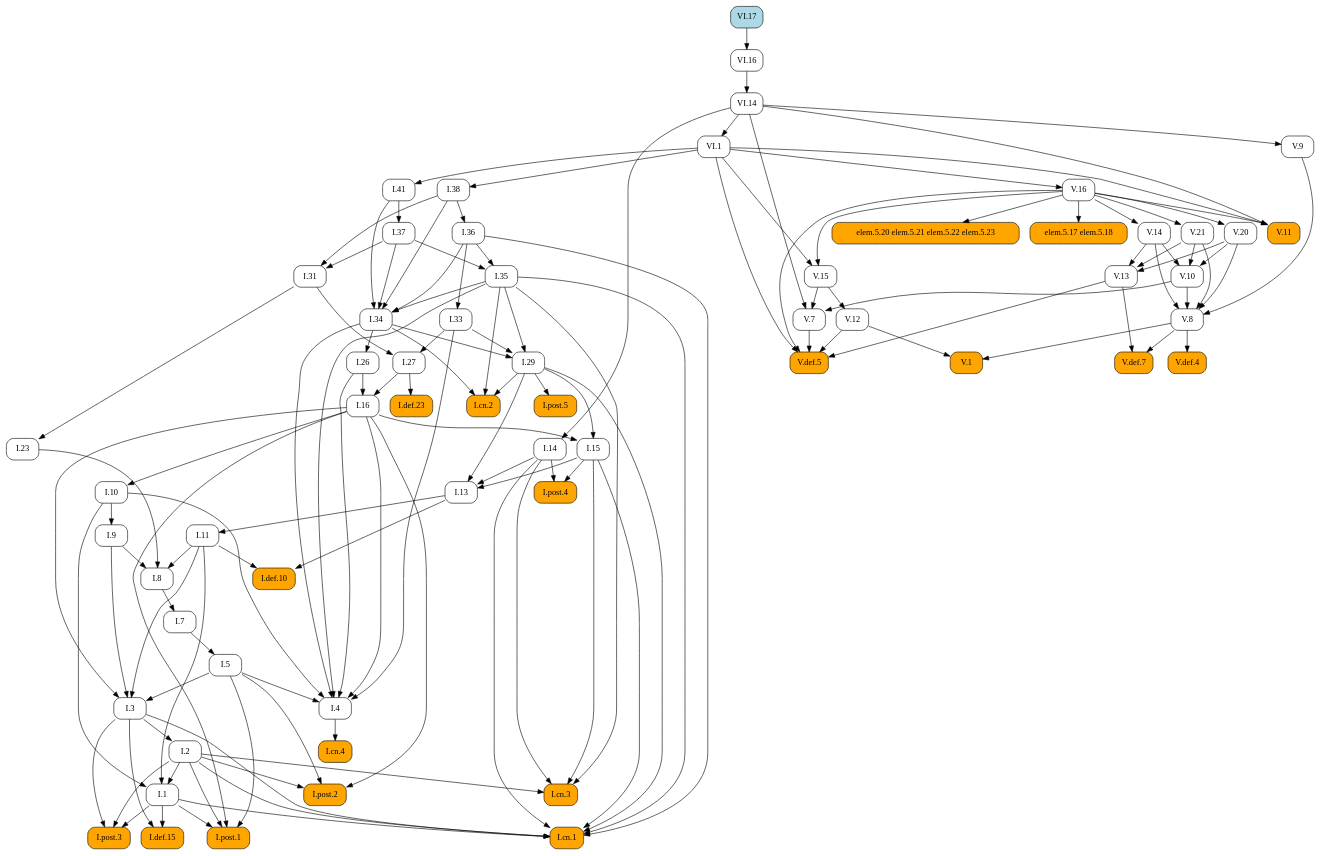
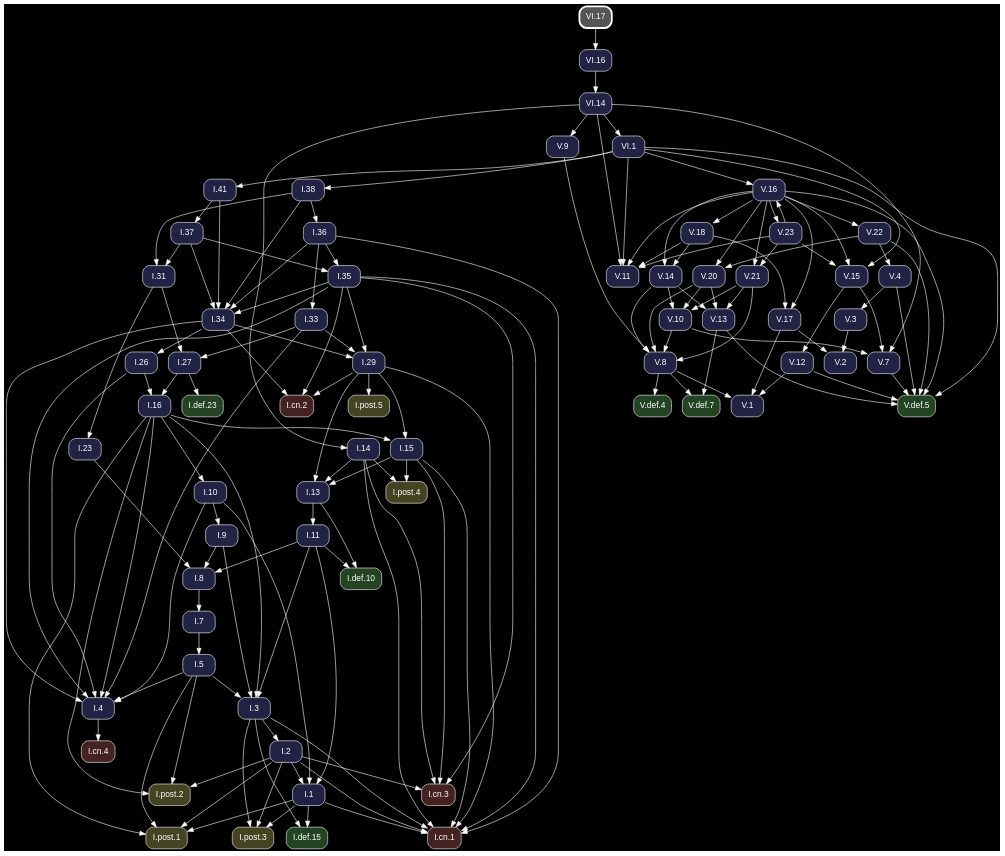
One commit to geometor/elements changed the diagram in docsrc/heath/VI/17/index.rst. Above: the diagram before and after it, drawn with Graphviz. The commit also changed other lines of this file and 1200 other files, not shown here.

Commit message:
update dependency graphs

```diff
--- a/docsrc/heath/VI/17/index.rst
+++ b/docsrc/heath/VI/17/index.rst
@@ -53,125 +53,78 @@
 .. graphviz::
 
    digraph {
+     bgcolor="black";
+     node [shape=box, style="rounded,filled", fontname="Helvetica", color="white", fontcolor="white"];
+     edge [color="white", fontcolor="white"];
      rankdir="TB";
-     node [shape=box, style=rounded];
-     "V.16" [URL="/heath/V/16/", target="_top"];
-     "I.23" [URL="/heath/I/23/", target="_top"];
-     "I.9" [URL="/heath/I/9/", target="_top"];
-     "I.33" [URL="/heath/I/33/", target="_top"];
-     "I.def.15" [style="rounded,filled", fillcolor=orange, URL="/heath/I/def.15/", target="_top"];
-     "V.13" [URL="/heath/V/13/", target="_top"];
-     "V.7" [URL="/heath/V/7/", target="_top"];
-     "elem.5.17 elem.5.18" [style="rounded,filled", fillcolor=orange];
-     "I.post.3" [style="rounded,filled", fillcolor=orange, URL="/heath/I/post.3/", target="_top"];
-     "I.post.1" [style="rounded,filled", fillcolor=orange, URL="/heath/I/post.1/", target="_top"];
-     "V.14" [URL="/heath/V/14/", target="_top"];
-     "V.def.5" [style="rounded,filled", fillcolor=orange, URL="/heath/V/def.5/", target="_top"];
-     "V.9" [URL="/heath/V/9/", target="_top"];
-     "I.31" [URL="/heath/I/31/", target="_top"];
-     "I.def.10" [style="rounded,filled", fillcolor=orange, URL="/heath/I/def.10/", target="_top"];
-     "V.10" [URL="/heath/V/10/", target="_top"];
-     "VI.1" [URL="/heath/VI/1/", target="_top"];
-     "V.20" [URL="/heath/V/20/", target="_top"];
-     "VI.14" [URL="/heath/VI/14/", target="_top"];
-     "I.27" [URL="/heath/I/27/", target="_top"];
-     "I.14" [URL="/heath/I/14/", target="_top"];
-     "V.11" [style="rounded,filled", fillcolor=orange, URL="/heath/V/11/", target="_top"];
-     "elem.5.20 elem.5.21 elem.5.22 elem.5.23" [style="rounded,filled", fillcolor=orange];
-     "I.34" [URL="/heath/I/34/", target="_top"];
-     "V.12" [URL="/heath/V/12/", target="_top"];
-     "I.3" [URL="/heath/I/3/", target="_top"];
-     "V.def.4" [style="rounded,filled", fillcolor=orange, URL="/heath/V/def.4/", target="_top"];
-     "I.35" [URL="/heath/I/35/", target="_top"];
-     "I.cn.1" [style="rounded,filled", fillcolor=orange, URL="/heath/I/cn.1/", target="_top"];
-     "V.def.7" [style="rounded,filled", fillcolor=orange, URL="/heath/V/def.7/", target="_top"];
-     "I.7" [URL="/heath/I/7/", target="_top"];
-     "V.21" [URL="/heath/V/21/", target="_top"];
-     "I.2" [URL="/heath/I/2/", target="_top"];
-     "I.36" [URL="/heath/I/36/", target="_top"];
-     "I.13" [URL="/heath/I/13/", target="_top"];
-     "I.post.4" [style="rounded,filled", fillcolor=orange, URL="/heath/I/post.4/", target="_top"];
-     "I.4" [URL="/heath/I/4/", target="_top"];
-     "I.1" [URL="/heath/I/1/", target="_top"];
-     "I.5" [URL="/heath/I/5/", target="_top"];
-     "I.37" [URL="/heath/I/37/", target="_top"];
-     "I.8" [URL="/heath/I/8/", target="_top"];
-     "I.cn.3" [style="rounded,filled", fillcolor=orange, URL="/heath/I/cn.3/", target="_top"];
-     "I.29" [URL="/heath/I/29/", target="_top"];
-     "I.16" [URL="/heath/I/16/", target="_top"];
-     "I.38" [URL="/heath/I/38/", target="_top"];
-     "V.8" [URL="/heath/V/8/", target="_top"];
-     "I.15" [URL="/heath/I/15/", target="_top"];
-     "V.1" [style="rounded,filled", fillcolor=orange, URL="/heath/V/1/", target="_top"];
-     "I.11" [URL="/heath/I/11/", target="_top"];
-     "I.def.23" [style="rounded,filled", fillcolor=orange, URL="/heath/I/def.23/", target="_top"];
-     "I.10" [URL="/heath/I/10/", target="_top"];
-     "I.cn.2" [style="rounded,filled", fillcolor=orange, URL="/heath/I/cn.2/", target="_top"];
-     "I.post.5" [style="rounded,filled", fillcolor=orange, URL="/heath/I/post.5/", target="_top"];
-     "I.cn.4" [style="rounded,filled", fillcolor=orange, URL="/heath/I/cn.4/", target="_top"];
-     "VI.17" [style="rounded,filled", fillcolor=lightblue, URL="/heath/VI/17/", target="_top"];
-     "I.41" [URL="/heath/I/41/", target="_top"];
-     "V.15" [URL="/heath/V/15/", target="_top"];
-     "I.post.2" [style="rounded,filled", fillcolor=orange, URL="/heath/I/post.2/", target="_top"];
-     "I.26" [URL="/heath/I/26/", target="_top"];
-     "VI.16" [URL="/heath/VI/16/", target="_top"];
-     "VI.1" -> "V.16";
-     "I.31" -> "I.23";
-     "I.10" -> "I.9";
-     "I.36" -> "I.33";
-     "I.1" -> "I.def.15";
-     "I.3" -> "I.def.15";
-     "V.14" -> "V.13";
-     "V.20" -> "V.13";
-     "V.21" -> "V.13";
-     "V.10" -> "V.7";
-     "V.15" -> "V.7";
-     "VI.14" -> "V.7";
-     "V.16" -> "elem.5.17 elem.5.18";
-     "I.1" -> "I.post.3";
-     "I.2" -> "I.post.3";
-     "I.3" -> "I.post.3";
-     "I.1" -> "I.post.1";
-     "I.2" -> "I.post.1";
-     "I.5" -> "I.post.1";
-     "I.16" -> "I.post.1";
-     "V.16" -> "V.14";
-     "V.7" -> "V.def.5";
-     "V.12" -> "V.def.5";
-     "V.13" -> "V.def.5";
-     "V.16" -> "V.def.5";
-     "VI.1" -> "V.def.5";
-     "VI.14" -> "V.9";
-     "I.37" -> "I.31";
-     "I.38" -> "I.31";
-     "I.11" -> "I.def.10";
-     "I.13" -> "I.def.10";
-     "V.14" -> "V.10";
-     "V.20" -> "V.10";
-     "V.21" -> "V.10";
-     "VI.14" -> "VI.1";
-     "V.16" -> "V.20";
-     "VI.16" -> "VI.14";
-     "I.31" -> "I.27";
-     "I.33" -> "I.27";
-     "VI.14" -> "I.14";
-     "V.16" -> "V.11";
-     "VI.1" -> "V.11";
-     "VI.14" -> "V.11";
-     "V.16" -> "elem.5.20 elem.5.21 elem.5.22 elem.5.23";
-     "I.35" -> "I.34";
-     "I.36" -> "I.34";
-     "I.37" -> "I.34";
-     "I.38" -> "I.34";
-     "I.41" -> "I.34";
-     "V.15" -> "V.12";
-     "I.5" -> "I.3";
-     "I.9" -> "I.3";
-     "I.11" -> "I.3";
-     "I.16" -> "I.3";
-     "V.8" -> "V.def.4";
-     "I.36" -> "I.35";
-     "I.37" -> "I.35";
+     "V.15" [fillcolor="#222244", URL="/heath/V/15/", target="_top"];
+     "I.cn.1" [fillcolor="#442222", URL="/heath/I/cn.1/", target="_top"];
+     "V.18" [fillcolor="#222244", URL="/heath/V/18/", target="_top"];
+     "V.14" [fillcolor="#222244", URL="/heath/V/14/", target="_top"];
+     "I.27" [fillcolor="#222244", URL="/heath/I/27/", target="_top"];
+     "V.23" [fillcolor="#222244", URL="/heath/V/23/", target="_top"];
+     "I.2" [fillcolor="#222244", URL="/heath/I/2/", target="_top"];
+     "I.41" [fillcolor="#222244", URL="/heath/I/41/", target="_top"];
+     "I.post.4" [fillcolor="#444422", URL="/heath/I/post.4/", target="_top"];
+     "I.26" [fillcolor="#222244", URL="/heath/I/26/", target="_top"];
+     "I.8" [fillcolor="#222244", URL="/heath/I/8/", target="_top"];
+     "V.4" [fillcolor="#222244", URL="/heath/V/4/", target="_top"];
+     "V.16" [fillcolor="#222244", URL="/heath/V/16/", target="_top"];
+     "I.7" [fillcolor="#222244", URL="/heath/I/7/", target="_top"];
+     "I.5" [fillcolor="#222244", URL="/heath/I/5/", target="_top"];
+     "V.11" [fillcolor="#222244", URL="/heath/V/11/", target="_top"];
+     "V.def.4" [fillcolor="#224422", URL="/heath/V/def.4/", target="_top"];
+     "V.20" [fillcolor="#222244", URL="/heath/V/20/", target="_top"];
+     "I.11" [fillcolor="#222244", URL="/heath/I/11/", target="_top"];
+     "I.37" [fillcolor="#222244", URL="/heath/I/37/", target="_top"];
+     "I.cn.3" [fillcolor="#442222", URL="/heath/I/cn.3/", target="_top"];
+     "I.36" [fillcolor="#222244", URL="/heath/I/36/", target="_top"];
+     "I.38" [fillcolor="#222244", URL="/heath/I/38/", target="_top"];
+     "I.post.2" [fillcolor="#444422", URL="/heath/I/post.2/", target="_top"];
+     "I.def.23" [fillcolor="#224422", URL="/heath/I/def.23/", target="_top"];
+     "I.35" [fillcolor="#222244", URL="/heath/I/35/", target="_top"];
+     "I.post.3" [fillcolor="#444422", URL="/heath/I/post.3/", target="_top"];
+     "V.13" [fillcolor="#222244", URL="/heath/V/13/", target="_top"];
+     "V.8" [fillcolor="#222244", URL="/heath/V/8/", target="_top"];
+     "I.33" [fillcolor="#222244", URL="/heath/I/33/", target="_top"];
+     "VI.17" [penwidth=3, color="white", fillcolor="#555555", URL="/heath/VI/17/", target="_top"];
+     "V.10" [fillcolor="#222244", URL="/heath/V/10/", target="_top"];
+     "V.def.5" [fillcolor="#224422", URL="/heath/V/def.5/", target="_top"];
+     "V.22" [fillcolor="#222244", URL="/heath/V/22/", target="_top"];
+     "I.31" [fillcolor="#222244", URL="/heath/I/31/", target="_top"];
+     "I.3" [fillcolor="#222244", URL="/heath/I/3/", target="_top"];
+     "V.12" [fillcolor="#222244", URL="/heath/V/12/", target="_top"];
+     "I.def.10" [fillcolor="#224422", URL="/heath/I/def.10/", target="_top"];
+     "I.15" [fillcolor="#222244", URL="/heath/I/15/", target="_top"];
+     "I.13" [fillcolor="#222244", URL="/heath/I/13/", target="_top"];
+     "I.cn.2" [fillcolor="#442222", URL="/heath/I/cn.2/", target="_top"];
+     "I.9" [fillcolor="#222244", URL="/heath/I/9/", target="_top"];
+     "I.1" [fillcolor="#222244", URL="/heath/I/1/", target="_top"];
+     "I.post.5" [fillcolor="#444422", URL="/heath/I/post.5/", target="_top"];
+     "VI.14" [fillcolor="#222244", URL="/heath/VI/14/", target="_top"];
+     "I.23" [fillcolor="#222244", URL="/heath/I/23/", target="_top"];
+     "I.4" [fillcolor="#222244", URL="/heath/I/4/", target="_top"];
+     "V.7" [fillcolor="#222244", URL="/heath/V/7/", target="_top"];
+     "V.9" [fillcolor="#222244", URL="/heath/V/9/", target="_top"];
+     "VI.1" [fillcolor="#222244", URL="/heath/VI/1/", target="_top"];
+     "I.10" [fillcolor="#222244", URL="/heath/I/10/", target="_top"];
+     "V.def.7" [fillcolor="#224422", URL="/heath/V/def.7/", target="_top"];
+     "I.post.1" [fillcolor="#444422", URL="/heath/I/post.1/", target="_top"];
+     "I.16" [fillcolor="#222244", URL="/heath/I/16/", target="_top"];
+     "I.29" [fillcolor="#222244", URL="/heath/I/29/", target="_top"];
+     "VI.16" [fillcolor="#222244", URL="/heath/VI/16/", target="_top"];
+     "I.cn.4" [fillcolor="#442222", URL="/heath/I/cn.4/", target="_top"];
+     "I.14" [fillcolor="#222244", URL="/heath/I/14/", target="_top"];
+     "V.1" [fillcolor="#222244", URL="/heath/V/1/", target="_top"];
+     "V.2" [fillcolor="#222244", URL="/heath/V/2/", target="_top"];
+     "V.21" [fillcolor="#222244", URL="/heath/V/21/", target="_top"];
+     "I.34" [fillcolor="#222244", URL="/heath/I/34/", target="_top"];
+     "I.def.15" [fillcolor="#224422", URL="/heath/I/def.15/", target="_top"];
+     "V.3" [fillcolor="#222244", URL="/heath/V/3/", target="_top"];
+     "V.17" [fillcolor="#222244", URL="/heath/V/17/", target="_top"];
+     "V.16" -> "V.15";
+     "V.23" -> "V.15";
+     "VI.1" -> "V.15";
      "I.1" -> "I.cn.1";
      "I.2" -> "I.cn.1";
      "I.3" -> "I.cn.1";
@@ -180,17 +133,94 @@
      "I.29" -> "I.cn.1";
      "I.35" -> "I.cn.1";
      "I.36" -> "I.cn.1";
-     "V.8" -> "V.def.7";
-     "V.13" -> "V.def.7";
+     "V.16" -> "V.18";
+     "V.16" -> "V.14";
+     "V.18" -> "V.14";
+     "I.31" -> "I.27";
+     "I.33" -> "I.27";
+     "V.16" -> "V.23";
+     "I.3" -> "I.2";
+     "VI.1" -> "I.41";
+     "I.14" -> "I.post.4";
+     "I.15" -> "I.post.4";
+     "I.34" -> "I.26";
+     "I.9" -> "I.8";
+     "I.11" -> "I.8";
+     "I.23" -> "I.8";
+     "V.22" -> "V.4";
+     "V.23" -> "V.16";
+     "VI.1" -> "V.16";
      "I.8" -> "I.7";
-     "V.16" -> "V.21";
-     "I.3" -> "I.2";
+     "I.7" -> "I.5";
+     "V.16" -> "V.11";
+     "V.18" -> "V.11";
+     "V.23" -> "V.11";
+     "VI.1" -> "V.11";
+     "VI.14" -> "V.11";
+     "V.8" -> "V.def.4";
+     "V.16" -> "V.20";
+     "V.22" -> "V.20";
+     "I.13" -> "I.11";
+     "I.41" -> "I.37";
+     "I.2" -> "I.cn.3";
+     "I.14" -> "I.cn.3";
+     "I.15" -> "I.cn.3";
+     "I.35" -> "I.cn.3";
      "I.38" -> "I.36";
+     "VI.1" -> "I.38";
+     "I.2" -> "I.post.2";
+     "I.5" -> "I.post.2";
+     "I.16" -> "I.post.2";
+     "I.27" -> "I.def.23";
+     "I.36" -> "I.35";
+     "I.37" -> "I.35";
+     "I.1" -> "I.post.3";
+     "I.2" -> "I.post.3";
+     "I.3" -> "I.post.3";
+     "V.14" -> "V.13";
+     "V.20" -> "V.13";
+     "V.21" -> "V.13";
+     "V.9" -> "V.8";
+     "V.10" -> "V.8";
+     "V.14" -> "V.8";
+     "V.20" -> "V.8";
+     "V.21" -> "V.8";
+     "I.36" -> "I.33";
+     "V.14" -> "V.10";
+     "V.20" -> "V.10";
+     "V.21" -> "V.10";
+     "V.4" -> "V.def.5";
+     "V.7" -> "V.def.5";
+     "V.12" -> "V.def.5";
+     "V.13" -> "V.def.5";
+     "V.16" -> "V.def.5";
+     "V.22" -> "V.def.5";
+     "VI.1" -> "V.def.5";
+     "V.16" -> "V.22";
+     "I.37" -> "I.31";
+     "I.38" -> "I.31";
+     "I.5" -> "I.3";
+     "I.9" -> "I.3";
+     "I.11" -> "I.3";
+     "I.16" -> "I.3";
+     "V.15" -> "V.12";
+     "I.11" -> "I.def.10";
+     "I.13" -> "I.def.10";
+     "I.16" -> "I.15";
+     "I.29" -> "I.15";
      "I.14" -> "I.13";
      "I.15" -> "I.13";
      "I.29" -> "I.13";
-     "I.14" -> "I.post.4";
-     "I.15" -> "I.post.4";
+     "I.29" -> "I.cn.2";
+     "I.34" -> "I.cn.2";
+     "I.35" -> "I.cn.2";
+     "I.10" -> "I.9";
+     "I.2" -> "I.1";
+     "I.10" -> "I.1";
+     "I.11" -> "I.1";
+     "I.29" -> "I.post.5";
+     "VI.16" -> "VI.14";
+     "I.31" -> "I.23";
      "I.5" -> "I.4";
      "I.10" -> "I.4";
      "I.16" -> "I.4";
@@ -198,47 +228,41 @@
      "I.33" -> "I.4";
      "I.34" -> "I.4";
      "I.35" -> "I.4";
-     "I.2" -> "I.1";
-     "I.10" -> "I.1";
-     "I.11" -> "I.1";
-     "I.7" -> "I.5";
-     "I.41" -> "I.37";
-     "I.9" -> "I.8";
-     "I.11" -> "I.8";
-     "I.23" -> "I.8";
-     "I.2" -> "I.cn.3";
-     "I.14" -> "I.cn.3";
-     "I.15" -> "I.cn.3";
-     "I.35" -> "I.cn.3";
+     "V.10" -> "V.7";
+     "V.15" -> "V.7";
+     "VI.14" -> "V.7";
+     "VI.14" -> "V.9";
+     "VI.14" -> "VI.1";
+     "I.16" -> "I.10";
+     "V.8" -> "V.def.7";
+     "V.13" -> "V.def.7";
+     "I.1" -> "I.post.1";
+     "I.2" -> "I.post.1";
+     "I.5" -> "I.post.1";
+     "I.16" -> "I.post.1";
+     "I.26" -> "I.16";
+     "I.27" -> "I.16";
      "I.33" -> "I.29";
      "I.34" -> "I.29";
      "I.35" -> "I.29";
-     "I.26" -> "I.16";
-     "I.27" -> "I.16";
-     "VI.1" -> "I.38";
-     "V.9" -> "V.8";
-     "V.10" -> "V.8";
-     "V.14" -> "V.8";
-     "V.20" -> "V.8";
-     "V.21" -> "V.8";
-     "I.16" -> "I.15";
-     "I.29" -> "I.15";
+     "VI.17" -> "VI.16";
+     "I.4" -> "I.cn.4";
+     "VI.14" -> "I.14";
      "V.8" -> "V.1";
      "V.12" -> "V.1";
-     "I.13" -> "I.11";
-     "I.27" -> "I.def.23";
-     "I.16" -> "I.10";
-     "I.29" -> "I.cn.2";
-     "I.34" -> "I.cn.2";
-     "I.35" -> "I.cn.2";
-     "I.29" -> "I.post.5";
-     "I.4" -> "I.cn.4";
-     "VI.1" -> "I.41";
-     "V.16" -> "V.15";
-     "VI.1" -> "V.15";
-     "I.2" -> "I.post.2";
-     "I.5" -> "I.post.2";
-     "I.16" -> "I.post.2";
-     "I.34" -> "I.26";
-     "VI.17" -> "VI.16";
+     "V.17" -> "V.1";
+     "V.3" -> "V.2";
+     "V.17" -> "V.2";
+     "V.16" -> "V.21";
+     "V.23" -> "V.21";
+     "I.35" -> "I.34";
+     "I.36" -> "I.34";
+     "I.37" -> "I.34";
+     "I.38" -> "I.34";
+     "I.41" -> "I.34";
+     "I.1" -> "I.def.15";
+     "I.3" -> "I.def.15";
+     "V.4" -> "V.3";
+     "V.16" -> "V.17";
+     "V.18" -> "V.17";
    }
```
